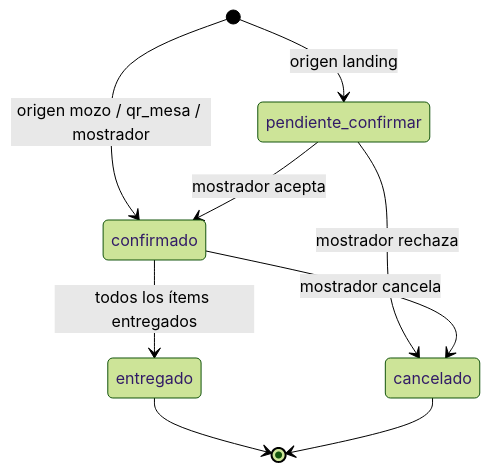
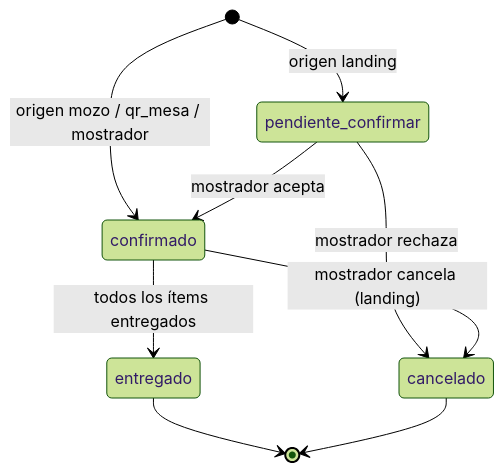
One commit to sassgastronomic/sassgastronomico changed the second of 2 diagrams in docs/SCHEMA.md. Above: the diagram before and after it, drawn with Mermaid (forest theme). The commit also changed other lines of this file and 35 other files, not shown here.

````diff
--- a/docs/SCHEMA.md
+++ b/docs/SCHEMA.md
@@ -193,11 +195,11 @@
 ```mermaid
 stateDiagram-v2
   [*] --> pendiente_confirmar: origen landing
   [*] --> confirmado: origen mozo / qr_mesa / mostrador
   pendiente_confirmar --> confirmado: mostrador acepta
   pendiente_confirmar --> cancelado: mostrador rechaza
   confirmado --> entregado: todos los ítems entregados
-  confirmado --> cancelado: mostrador cancela
+  confirmado --> cancelado: mostrador cancela (landing)
   entregado --> [*]
   cancelado --> [*]
 ```
````
